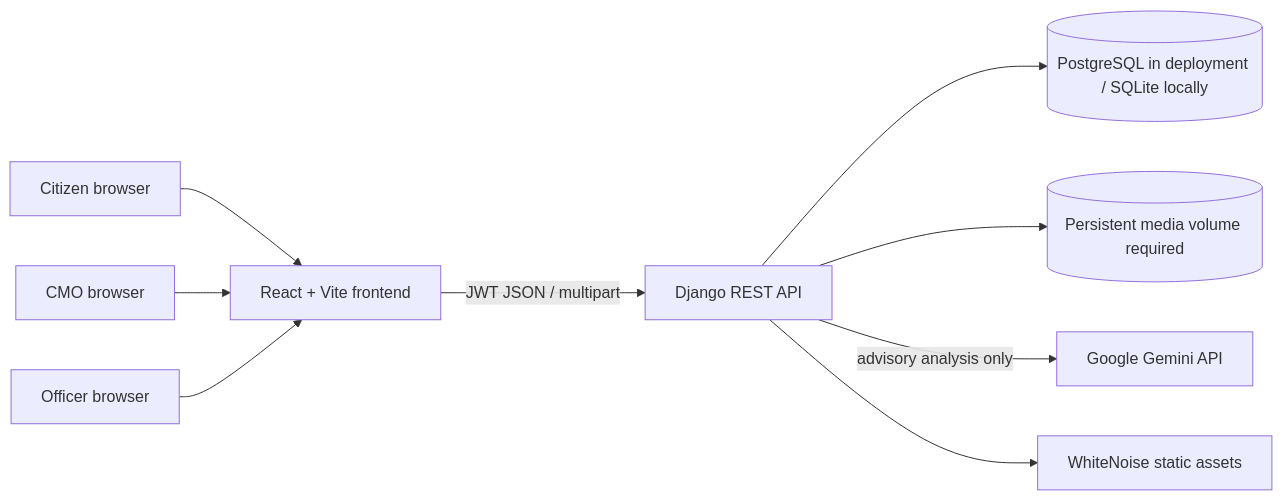
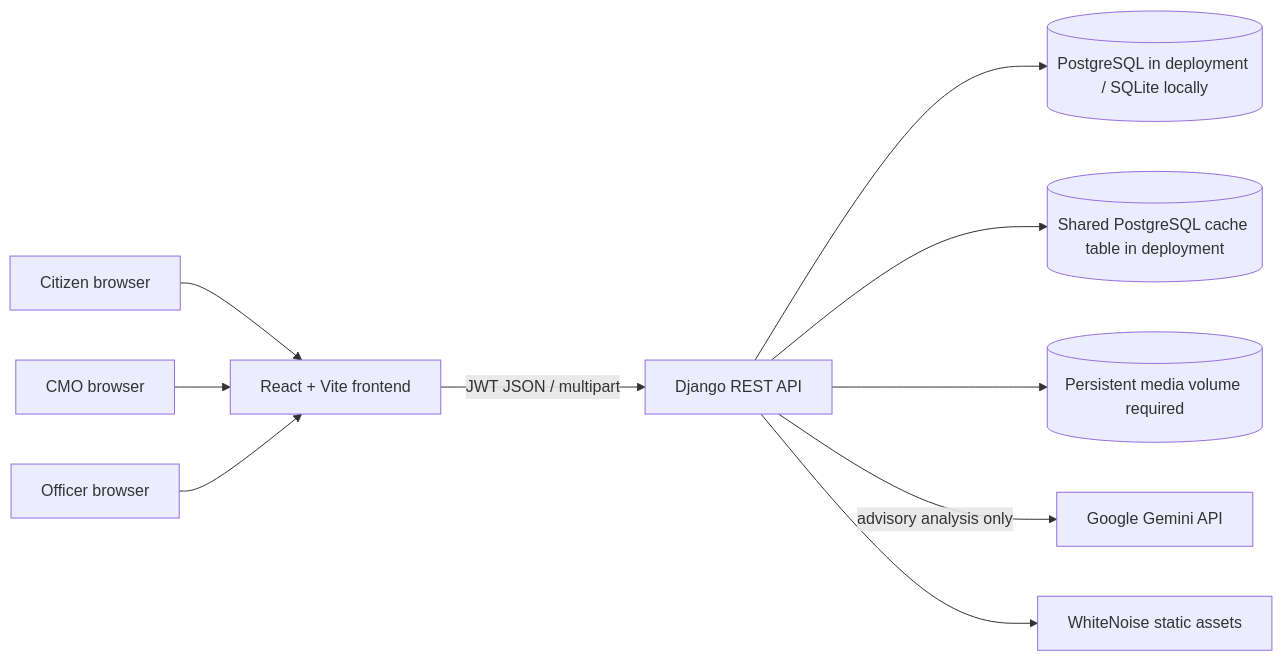
The diagram in DOCUMENTATION/02_System_Architecture.md (n8novaa/whitematrix-cm-kerala-grievance-portal), drawn with Mermaid before and after one commit. The commit also changed other lines of this file and 42 other files, not shown here.

````diff
--- a/DOCUMENTATION/02_System_Architecture.md
+++ b/DOCUMENTATION/02_System_Architecture.md
@@ -5,20 +5,22 @@
 ```mermaid
 flowchart LR
   Citizen[Citizen browser]
   CMO[CMO browser]
   Officer[Officer browser]
   UI[React + Vite frontend]
   API[Django REST API]
   DB[(PostgreSQL in deployment / SQLite locally)]
+  Cache[(Shared PostgreSQL cache table in deployment)]
   Media[(Persistent media volume required)]
   Gemini[Google Gemini API]
   Static[WhiteNoise static assets]
   Citizen --> UI
   CMO --> UI
   Officer --> UI
   UI -->|JWT JSON / multipart| API
   API --> DB
+  API --> Cache
   API --> Media
   API -->|advisory analysis only| Gemini
   API --> Static
 ```
````
